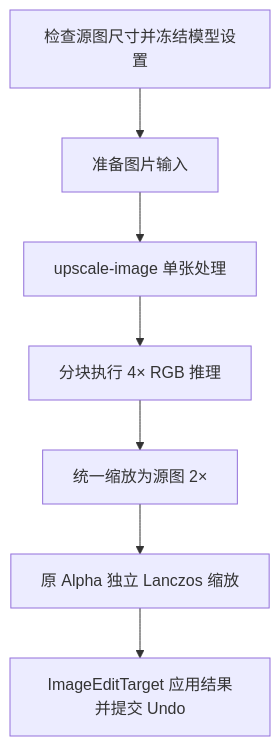
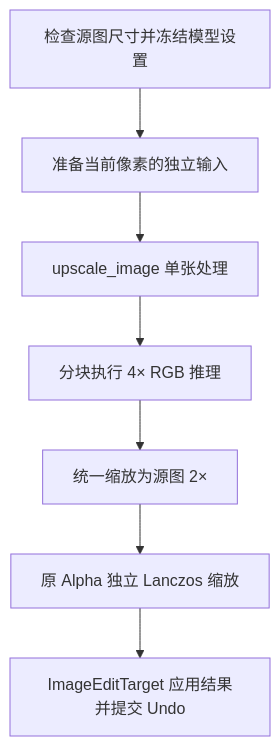
Before and after one commit to OmooLab/AnyImage: the diagram in docs/develop/operators/upscale.md, drawn with Mermaid. The commit also changed other lines of this file and 168 other files, not shown here.

````diff
--- a/docs/develop/operators/upscale.md
+++ b/docs/develop/operators/upscale.md
@@ -5,9 +5,9 @@
 ```mermaid
 flowchart TD
-    A[检查源图尺寸并冻结模型设置] --> B[准备图片输入]
-    B --> C[upscale-image 单张处理]
+    A[检查源图尺寸并冻结模型设置] --> B[准备当前像素的独立输入]
+    B --> C[upscale_image 单张处理]
     C --> D[分块执行 4× RGB 推理]
     D --> E[统一缩放为源图 2×]
     E --> F[原 Alpha 独立 Lanczos 缩放]
     F --> G[ImageEditTarget 应用结果并提交 Undo]
 ```
````
